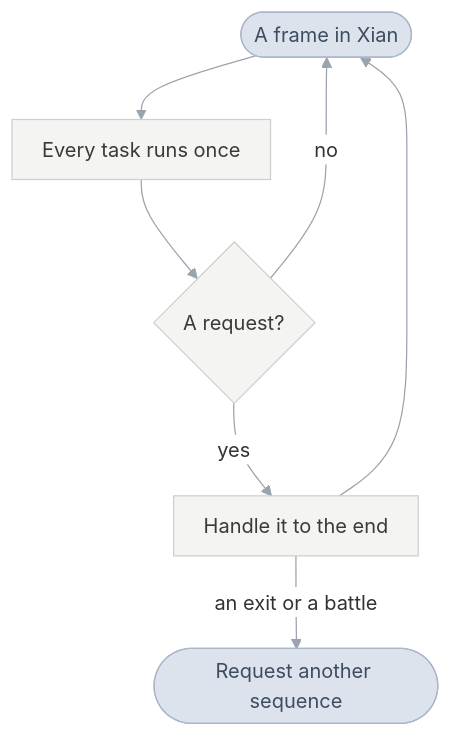
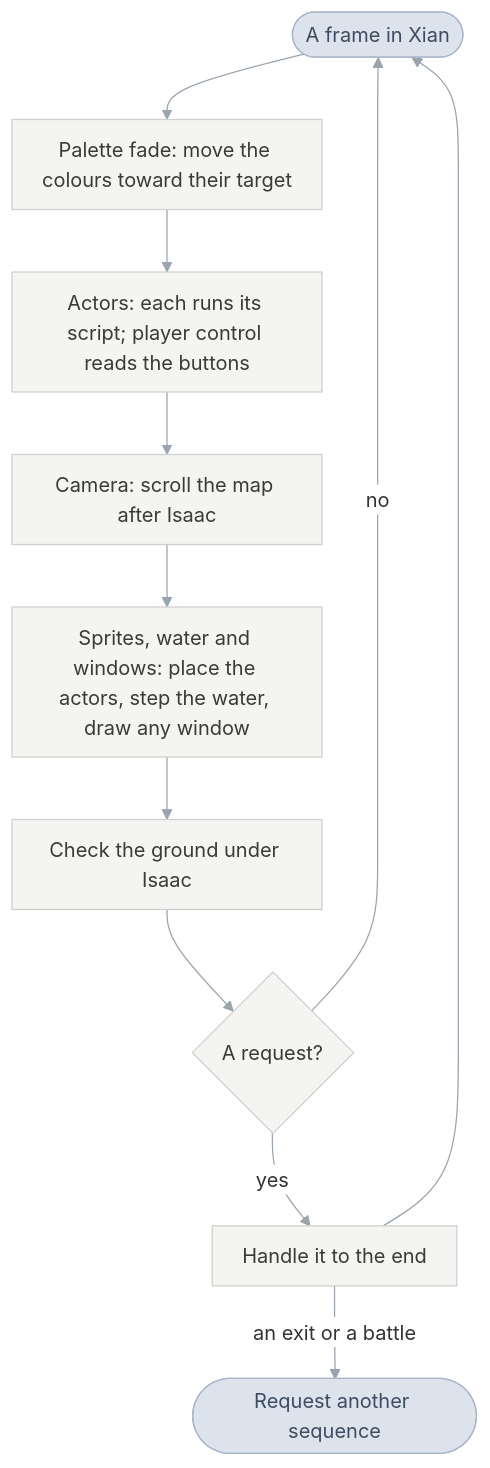
One commit to PascalPixel/alchemy changed the fourth of 4 diagrams in games/tbs/README.md. Above: the diagram before and after it, drawn with Mermaid. The commit also changed other lines of this file, not shown here.

First line of the commit message:
☀️ Front page: the scene manager chart names a frame's tasks

````diff
--- a/games/tbs/README.md
+++ b/games/tbs/README.md
@@ -113,15 +113,19 @@
 ```mermaid
 %%{init: {"theme": "base", "themeVariables": {"lineColor": "#9AA3AE", "edgeLabelBackground": "#FFFFFF"}, "flowchart": {"curve": "basis", "padding": 12}}}%%
 flowchart TD
-  frame(["A frame in Xian"]) --> tasks["Every task runs once"]
-  tasks --> check{"A request?"}
+  frame(["A frame in Xian"]) --> fade["Palette fade: move the colours toward their target"]
+  fade --> actors["Actors: each runs its script; player control reads the buttons"]
+  actors --> camera["Camera: scroll the map after Isaac"]
+  camera --> rest["Sprites, water and windows: place the actors, step the water, draw any window"]
+  rest --> ground["Check the ground under Isaac"]
+  ground --> check{"A request?"}
   check -->|"no"| frame
   check -->|"yes"| handle["Handle it to the end"]
   handle --> frame
   handle -->|"an exit or a battle"| next(["Request another sequence"])
   classDef link fill:#DDE3EC,stroke:#A9B6C8,color:#3E4C60
   classDef step fill:#F4F4F2,stroke:#CFCFCB,color:#3A3A38
   class frame,next link
-  class tasks,handle step
+  class fade,actors,camera,rest,ground,handle step
   class check step
 ```
````
